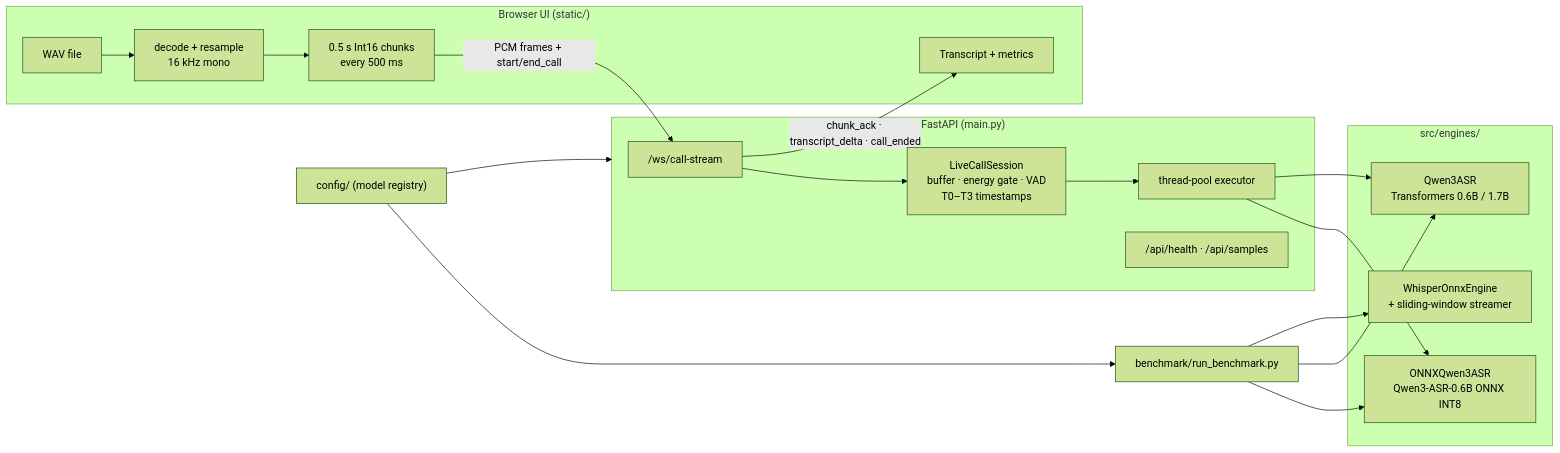
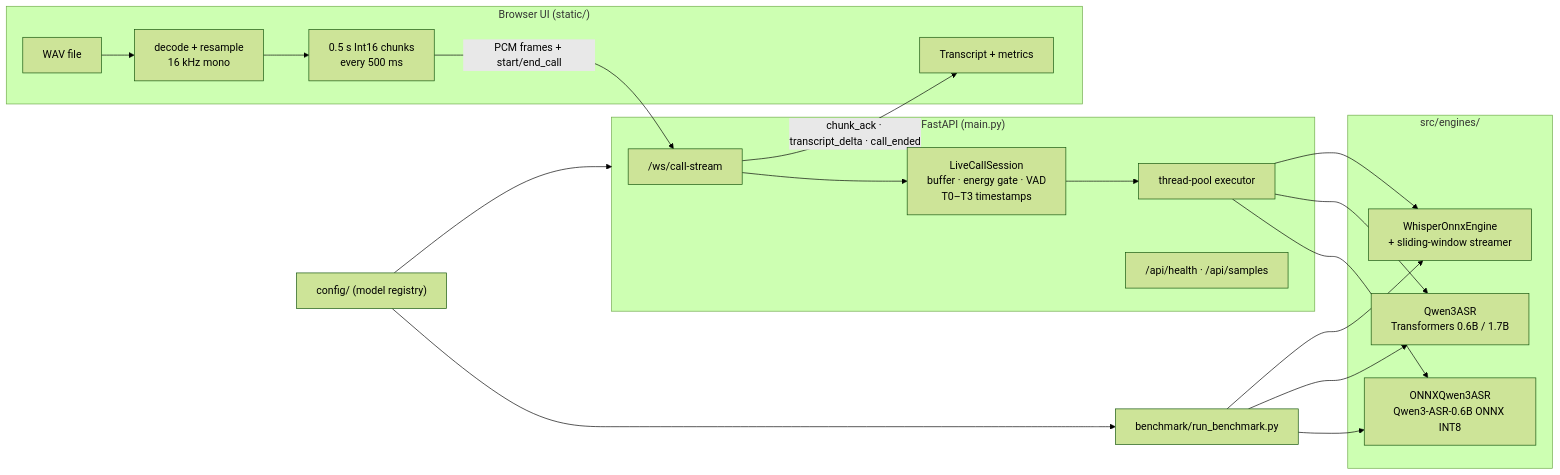
The first of 2 diagrams in README.md (naseemap47/RT-MASR-CPU), drawn with Mermaid (forest theme) before and after one commit. The commit also changed other lines of this file and 4 other files, not shown here.

````diff
--- a/README.md
+++ b/README.md
@@ -21,35 +25,36 @@
 ```mermaid
 flowchart LR
     subgraph Browser["Browser UI (static/)"]
         A["WAV file"] --> B["decode + resample<br/>16 kHz mono"]
         B --> C["0.5 s Int16 chunks<br/>every 500 ms"]
         T["Transcript + metrics"]
     end
 
     subgraph Server["FastAPI (main.py)"]
         W["/ws/call-stream"]
         S["LiveCallSession<br/>buffer · energy gate · VAD<br/>T0–T3 timestamps"]
         X["thread-pool executor"]
         H["/api/health · /api/samples"]
     end
 
     subgraph Engines["src/engines/"]
         E1["ONNXQwen3ASR<br/>Qwen3-ASR-0.6B ONNX INT8"]
         E2["Qwen3ASR<br/>Transformers 0.6B / 1.7B"]
         E3["WhisperOnnxEngine<br/>+ sliding-window streamer"]
     end
 
     BM["benchmark/run_benchmark.py"]
     CFG["config/ (model registry)"]
 
     C -- "PCM frames + start/end_call" --> W
     W --> S --> X
     X --> E1
     X --> E2
+    X --> E3
     W -- "chunk_ack · transcript_delta · call_ended" --> T
     CFG --> Server
     CFG --> BM
     BM --> E1
     BM --> E2
     BM --> E3
 ```
````
